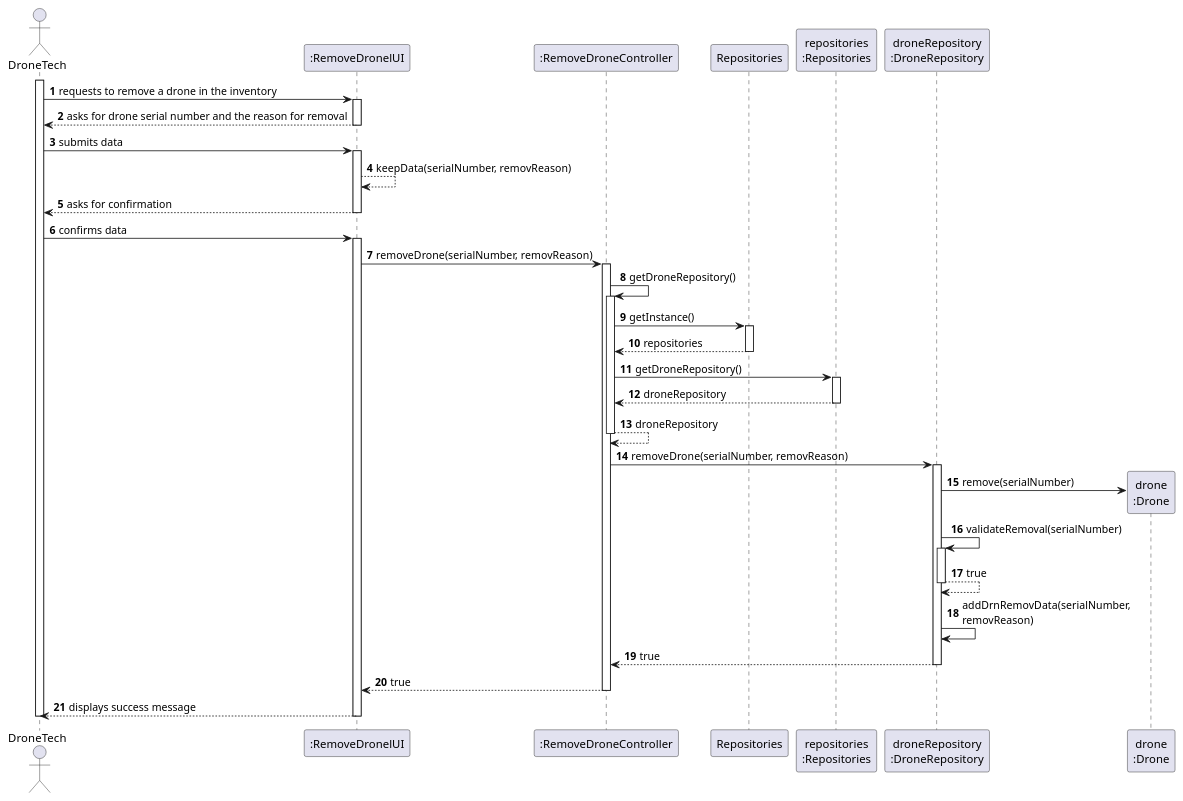
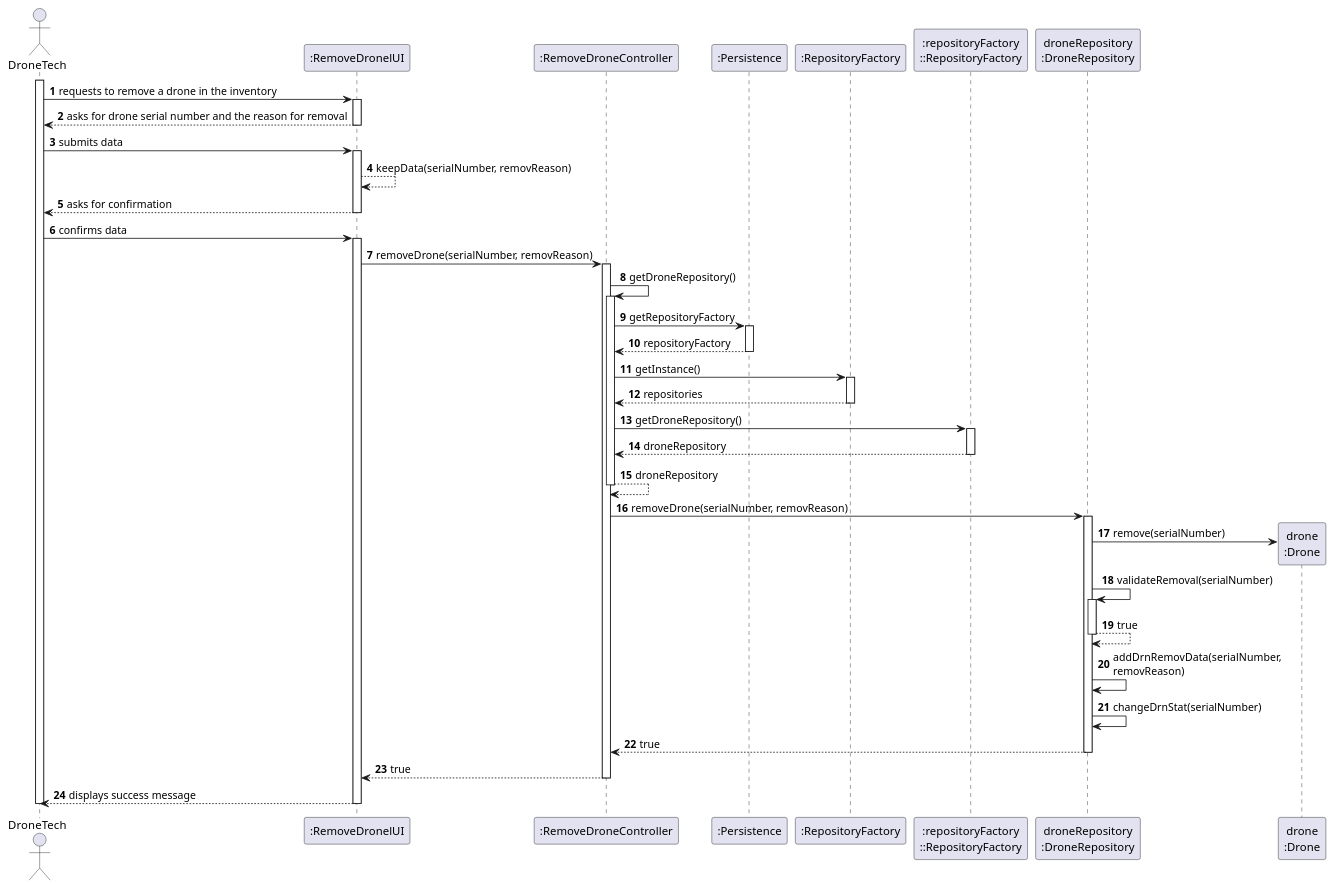
The diagram in docs/SPRINT_2/US242/puml/sequence_diagram_us242.puml (diogoveirospro/sem4pi-2024-2025-sem4pi_2024_2025_g44), drawn with PlantUML before and after one commit. The commit also changed 5 other files, not shown here.

```diff
--- a/docs/SPRINT_2/US242/puml/sequence_diagram_us242.puml
+++ b/docs/SPRINT_2/US242/puml/sequence_diagram_us242.puml
@@ -1,68 +1,73 @@
 @startuml
 'skinparam monochrome
 
 skinparam packageStyle rectangle
 skinparam shadowing false
 
 autonumber
 
 actor "DroneTech" as DT
 participant ":RemoveDronelUI" as UI
 participant ":RemoveDroneController" as CTRL
-participant "Repositories" as REPOS
-participant "repositories\n:Repositories" as REPOS_SINGLETON
+participant ":Persistence" as PERS
+participant ":RepositoryFactory" as REPOS
+participant ":repositoryFactory\n::RepositoryFactory" as REPOS_SINGLETON
 participant "droneRepository\n:DroneRepository" as DRN_REPO
 participant "drone\n:Drone" as DRONE
 
 activate DT
 
 DT -> UI : requests to remove a drone in the inventory
 activate UI
     UI --> DT : asks for drone serial number and the reason for removal
     deactivate UI
     DT -> UI : submits data
     activate UI
     UI --> UI : keepData(serialNumber, removReason)
     UI --> DT : asks for confirmation
     deactivate UI
     DT -> UI : confirms data
     activate UI
     UI -> CTRL : removeDrone(serialNumber, removReason)
     activate CTRL
         CTRL -> CTRL :getDroneRepository()
         activate CTRL
+        CTRL -> PERS : getRepositoryFactory
+                                    activate PERS
+                                    PERS --> CTRL : repositoryFactory
+                                    deactivate PERS
         CTRL -> REPOS : getInstance()
         activate REPOS
             REPOS --> CTRL : repositories
         deactivate REPOS
 
         CTRL -> REPOS_SINGLETON : getDroneRepository()
         activate REPOS_SINGLETON
             REPOS_SINGLETON --> CTRL : droneRepository
         deactivate REPOS_SINGLETON
         CTRL --> CTRL : droneRepository
 
         deactivate CTRL
             CTRL -> DRN_REPO : removeDrone(serialNumber, removReason)
             activate DRN_REPO
 
         DRN_REPO -> DRONE** : remove(serialNumber)
                     DRN_REPO -> DRN_REPO: validateRemoval(serialNumber)
                     activate DRN_REPO
                         DRN_REPO --> DRN_REPO : true
                     deactivate DRN_REPO
         DRN_REPO -> DRN_REPO : addDrnRemovData(serialNumber, \nremovReason)
-
+        DRN_REPO -> DRN_REPO : changeDrnStat(serialNumber)
                     DRN_REPO --> CTRL : true
 
         deactivate DRN_REPO
 
         CTRL --> UI : true
 
     deactivate CTRL
 
 UI --> DT : displays success message
 deactivate UI
 deactivate DT
 
 @enduml
```
